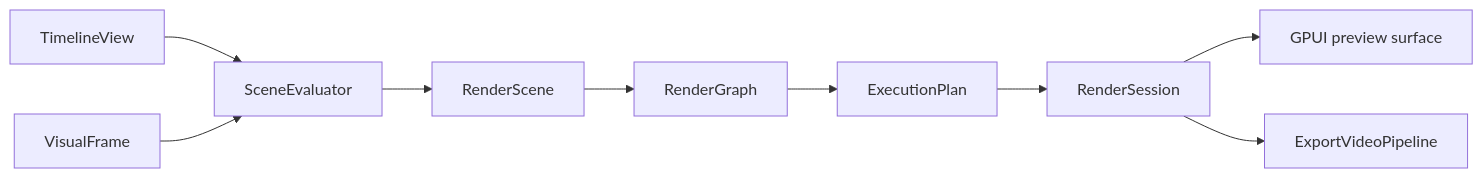
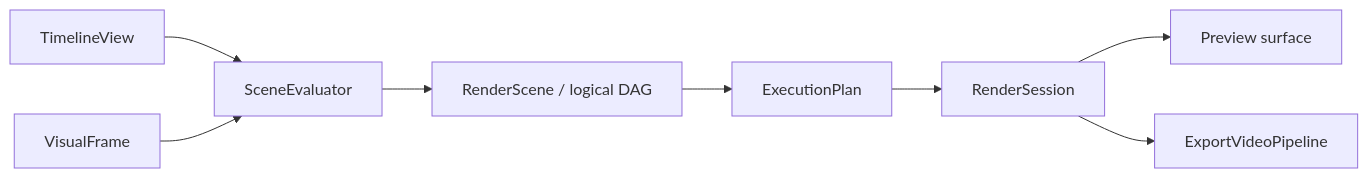
Before and after one commit to 1Step621/zerium: the diagram in docs/architecture/rendering.md, drawn with Mermaid. The commit also changed other lines of this file and 43 other files, not shown here.

````diff
--- a/docs/architecture/rendering.md
+++ b/docs/architecture/rendering.md
@@ -8,11 +7,10 @@
 ```mermaid
 flowchart LR
     Timeline[TimelineView] --> Evaluate[SceneEvaluator]
     Frames[VisualFrame] --> Evaluate
-    Evaluate --> Scene[RenderScene]
-    Scene --> Graph[RenderGraph]
+    Evaluate --> Graph[RenderScene / logical DAG]
     Graph --> Plan[ExecutionPlan]
-    Plan --> Render[RenderSession]
-    Render --> Preview[GPUI preview surface]
-    Render --> Export[ExportVideoPipeline]
+    Plan --> Session[RenderSession]
+    Session --> Preview[Preview surface]
+    Session --> Export[ExportVideoPipeline]
 ```
````
